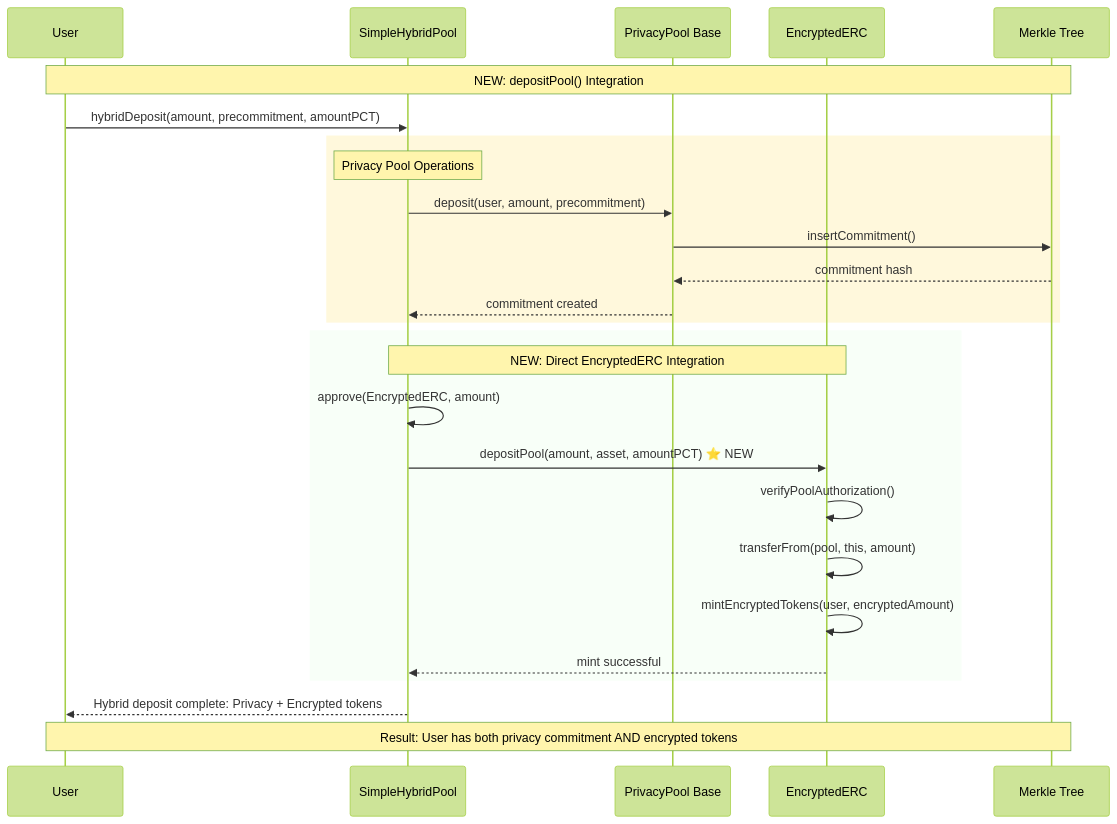
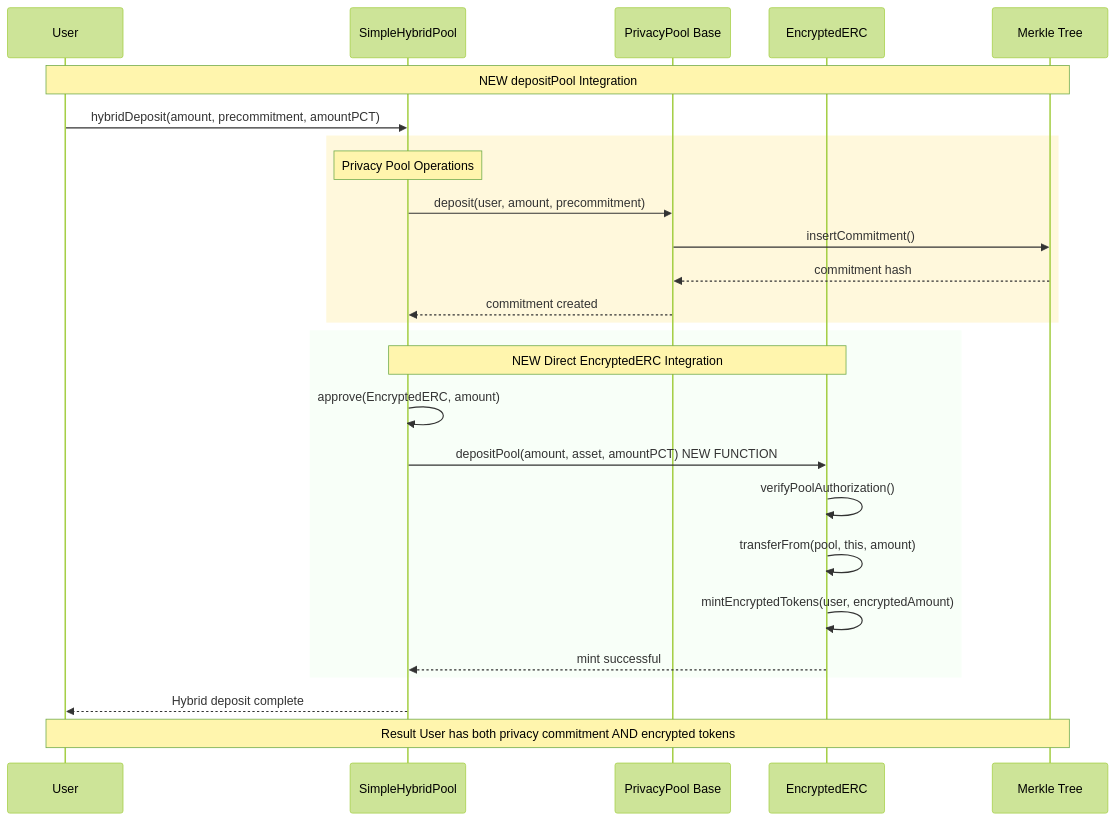
One commit to Lunaris-protocol/lunaris-private-pools changed the eighth of 8 diagrams in README.md. Above: the diagram before and after it, drawn with Mermaid (forest theme). The commit also changed other lines of this file, not shown here.

````diff
--- a/README.md
+++ b/README.md
@@ -362,34 +368,34 @@
 ```mermaid
 sequenceDiagram
     participant U as User
     participant SHP as SimpleHybridPool
     participant PP as PrivacyPool Base
     participant EERC as EncryptedERC
     participant MT as Merkle Tree
 
-    Note over U,MT: NEW: depositPool() Integration
+    Note over U,MT: NEW depositPool Integration
 
     U->>SHP: hybridDeposit(amount, precommitment, amountPCT)
 
     rect rgb(255, 248, 220)
         Note over SHP: Privacy Pool Operations
         SHP->>PP: deposit(user, amount, precommitment)
         PP->>MT: insertCommitment()
         MT-->>PP: commitment hash
         PP-->>SHP: commitment created
     end
 
     rect rgb(248, 255, 248)
-        Note over SHP,EERC: NEW: Direct EncryptedERC Integration
+        Note over SHP,EERC: NEW Direct EncryptedERC Integration
         SHP->>SHP: approve(EncryptedERC, amount)
-        SHP->>EERC: depositPool(amount, asset, amountPCT) ⭐ NEW
+        SHP->>EERC: depositPool(amount, asset, amountPCT) NEW FUNCTION
         EERC->>EERC: verifyPoolAuthorization()
         EERC->>EERC: transferFrom(pool, this, amount)
         EERC->>EERC: mintEncryptedTokens(user, encryptedAmount)
         EERC-->>SHP: mint successful
     end
 
-    SHP-->>U: Hybrid deposit complete: Privacy + Encrypted tokens
+    SHP-->>U: Hybrid deposit complete
 
-    Note over U,MT: Result: User has both privacy commitment AND encrypted tokens
+    Note over U,MT: Result User has both privacy commitment AND encrypted tokens
 ```
````
